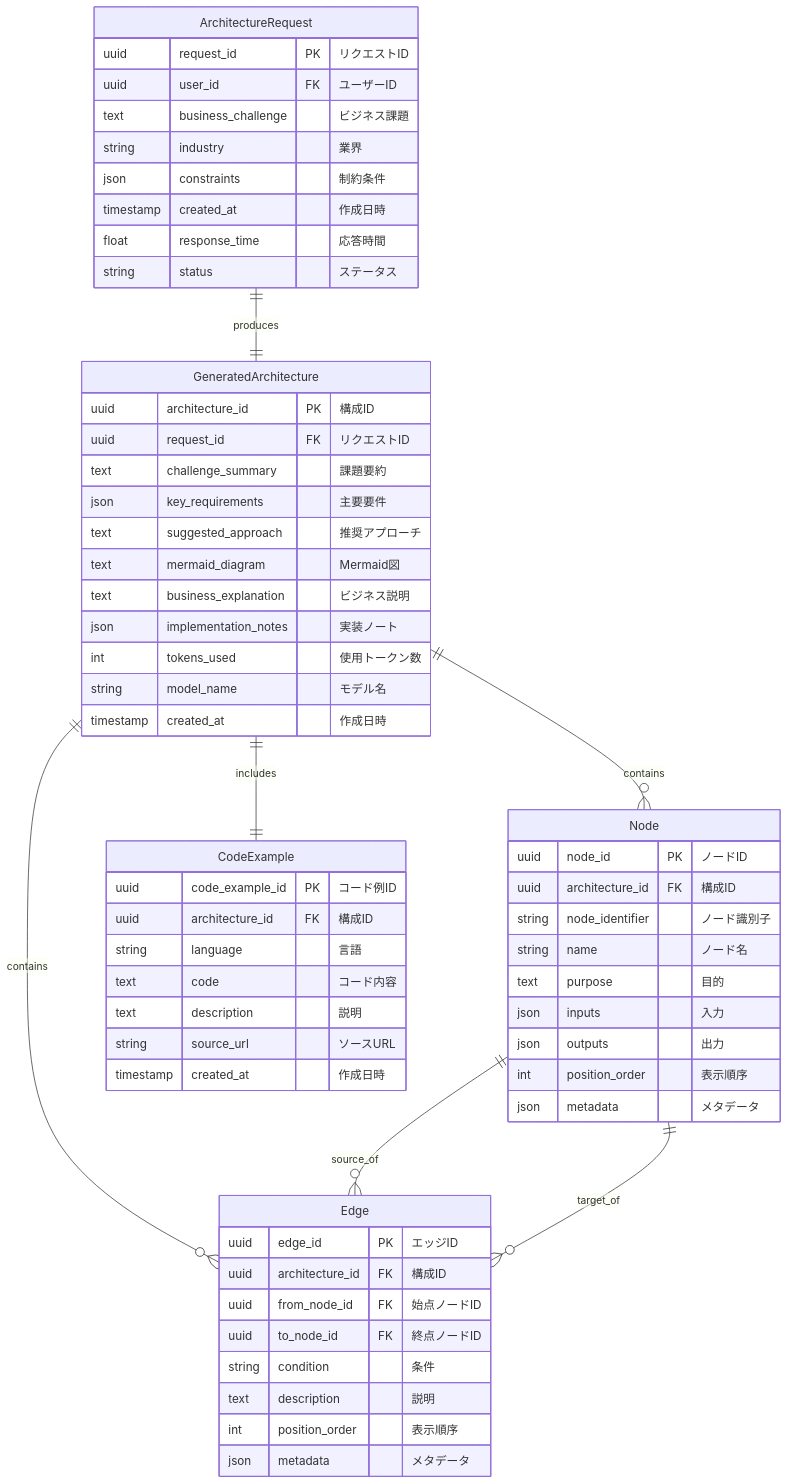
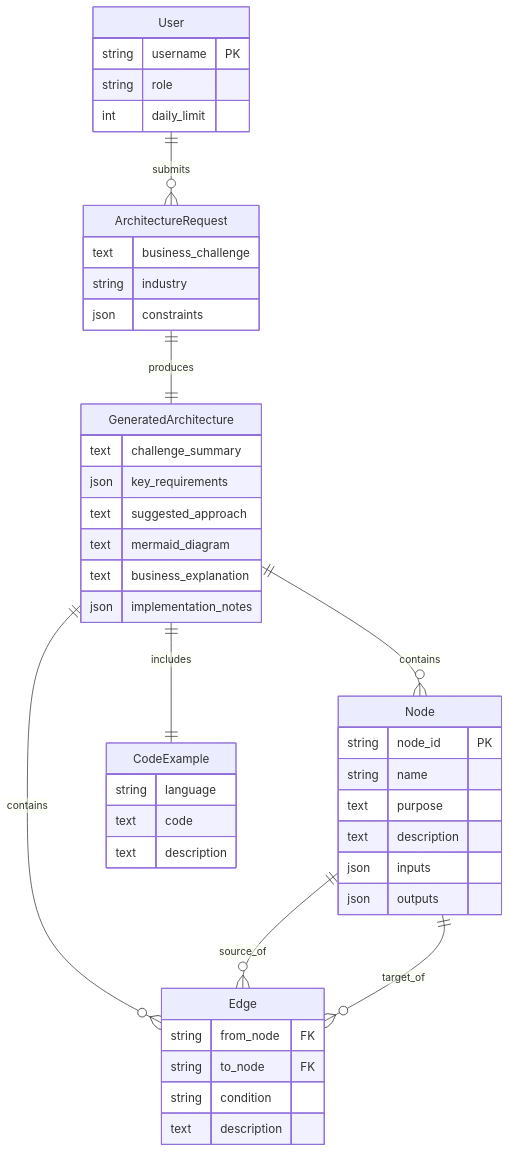
The third of 5 diagrams in docs/ER_DIAGRAM.md (take-take46/LangGraphCatalyst), drawn with Mermaid before and after one commit. The commit also changed other lines of this file and 6 other files, not shown here.

````diff
--- a/docs/ER_DIAGRAM.md
+++ b/docs/ER_DIAGRAM.md
@@ -344,67 +337,53 @@
 ```mermaid
 erDiagram
+    User ||--o{ ArchitectureRequest : "submits"
     ArchitectureRequest ||--|| GeneratedArchitecture : "produces"
     GeneratedArchitecture ||--o{ Node : "contains"
     GeneratedArchitecture ||--o{ Edge : "contains"
     GeneratedArchitecture ||--|| CodeExample : "includes"
     Node ||--o{ Edge : "source_of"
     Node ||--o{ Edge : "target_of"
 
+    User {
+        string username PK
+        string role
+        int daily_limit
+    }
+
     ArchitectureRequest {
-        uuid request_id PK "リクエストID"
-        uuid user_id FK "ユーザーID"
-        text business_challenge "ビジネス課題"
-        string industry "業界"
-        json constraints "制約条件"
-        timestamp created_at "作成日時"
-        float response_time "応答時間"
-        string status "ステータス"
+        text business_challenge
+        string industry
+        json constraints
     }
 
     GeneratedArchitecture {
-        uuid architecture_id PK "構成ID"
-        uuid request_id FK "リクエストID"
-        text challenge_summary "課題要約"
-        json key_requirements "主要要件"
-        text suggested_approach "推奨アプローチ"
-        text mermaid_diagram "Mermaid図"
-        text business_explanation "ビジネス説明"
-        json implementation_notes "実装ノート"
-        int tokens_used "使用トークン数"
-        string model_name "モデル名"
-        timestamp created_at "作成日時"
+        text challenge_summary
+        json key_requirements
+        text suggested_approach
+        text mermaid_diagram
+        text business_explanation
+        json implementation_notes
     }
 
     Node {
-        uuid node_id PK "ノードID"
-        uuid architecture_id FK "構成ID"
-        string node_identifier "ノード識別子"
-        string name "ノード名"
-        text purpose "目的"
-        json inputs "入力"
-        json outputs "出力"
-        int position_order "表示順序"
-        json metadata "メタデータ"
+        string node_id PK
+        string name
+        text purpose
+        text description
+        json inputs
+        json outputs
     }
 
     Edge {
-        uuid edge_id PK "エッジID"
-        uuid architecture_id FK "構成ID"
-        uuid from_node_id FK "始点ノードID"
-        uuid to_node_id FK "終点ノードID"
-        string condition "条件"
-        text description "説明"
-        int position_order "表示順序"
-        json metadata "メタデータ"
+        string from_node FK
+        string to_node FK
+        string condition
+        text description
     }
 
     CodeExample {
-        uuid code_example_id PK "コード例ID"
-        uuid architecture_id FK "構成ID"
-        string language "言語"
-        text code "コード内容"
-        text description "説明"
-        string source_url "ソースURL"
-        timestamp created_at "作成日時"
+        string language
+        text code
+        text description
     }
 ```
````
